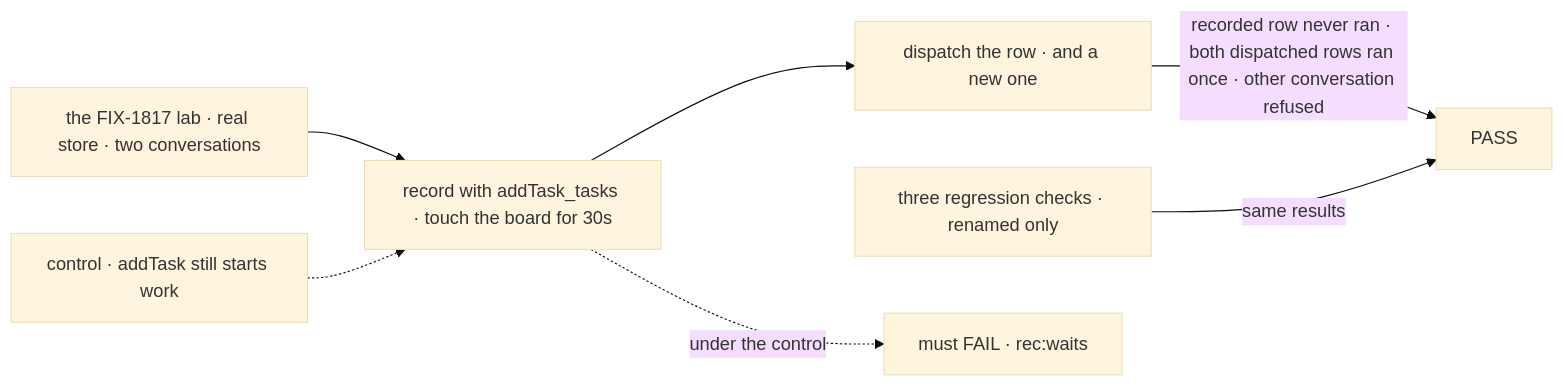
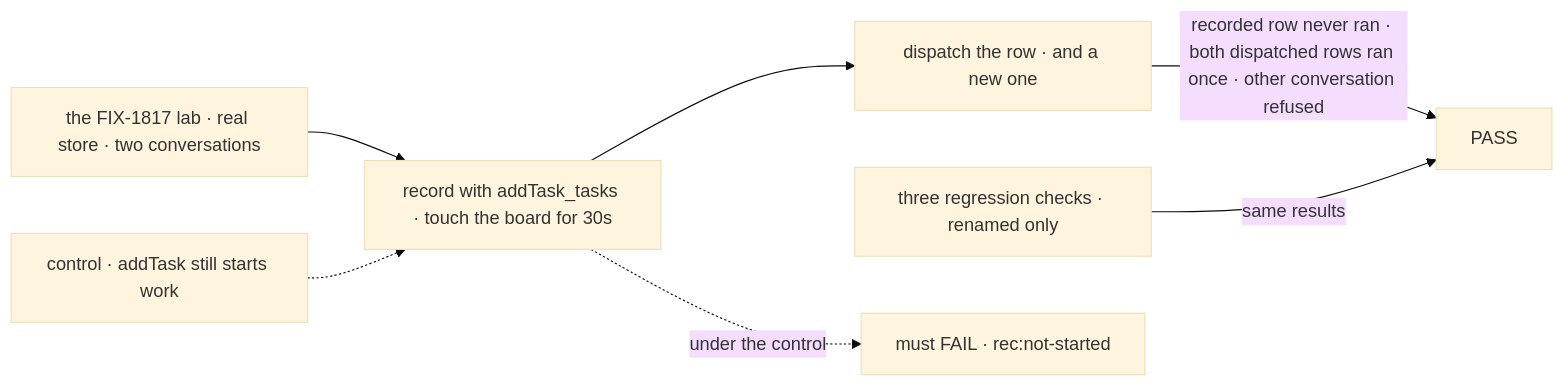
One commit to fixpoint-labs/flow-state-dev changed the first of 2 diagrams in specs/issues/FIX-1875/SPEC.md. Above: the diagram before and after it, drawn with Mermaid (base theme). The commit also changed other lines of this file and 8 other files, not shown here.

````diff
--- a/specs/issues/FIX-1875/SPEC.md
+++ b/specs/issues/FIX-1875/SPEC.md
@@ -32,9 +32,9 @@
 ```mermaid
 flowchart LR
   L["the FIX-1817 lab · real store · two conversations"] --> R["record with addTask_tasks · touch the board for 30s"]
   R --> D["dispatch the row · and a new one"]
   D -->|"recorded row never ran · both dispatched rows ran once · other conversation refused"| P["PASS"]
   X["three regression checks · renamed only"] -->|"same results"| P
   C["control · addTask still starts work"] -.-> R
-  R -.->|"under the control"| F["must FAIL · rec:waits"]
+  R -.->|"under the control"| F["must FAIL · rec:not-started"]
 ```
````
